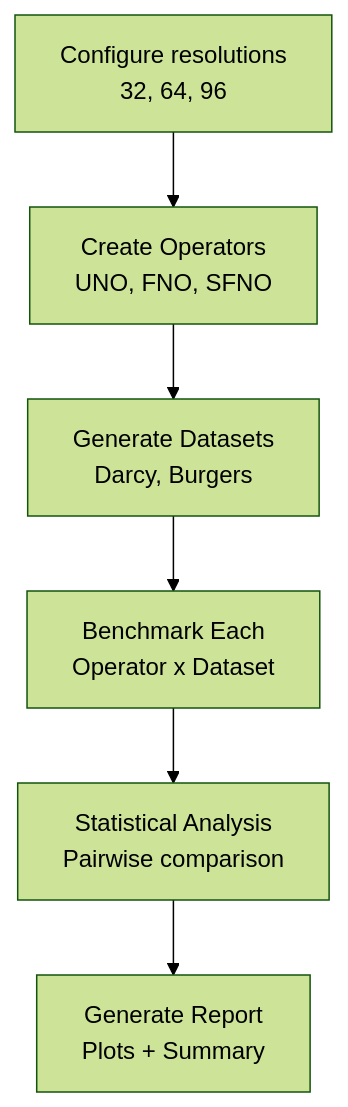
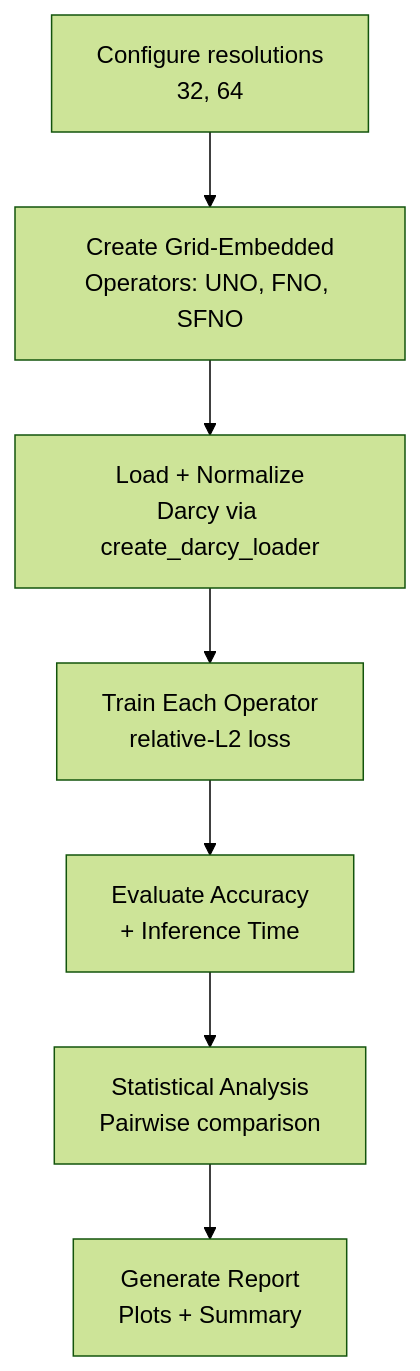
One commit to avitai/opifex changed the diagram in docs/examples/benchmarking/operator-benchmark.md. Above: the diagram before and after it, drawn with Mermaid (forest theme). The commit also changed other lines of this file and 12 other files, not shown here.

First line of the commit message:
docs(examples): regenerate the UQ and benchmark Darcy examples

````diff
--- a/docs/examples/benchmarking/operator-benchmark.md
+++ b/docs/examples/benchmarking/operator-benchmark.md
@@ -58,8 +64,9 @@
 ```mermaid
 flowchart TB
-    A[Configure resolutions<br>32, 64, 96] --> B[Create Operators<br>UNO, FNO, SFNO]
-    B --> C[Generate Datasets<br>Darcy, Burgers]
-    C --> D[Benchmark Each<br>Operator x Dataset]
-    D --> E[Statistical Analysis<br>Pairwise comparison]
-    E --> F[Generate Report<br>Plots + Summary]
+    A[Configure resolutions<br>32, 64] --> B[Create Grid-Embedded<br>Operators: UNO, FNO, SFNO]
+    B --> C[Load + Normalize<br>Darcy via create_darcy_loader]
+    C --> D[Train Each Operator<br>relative-L2 loss]
+    D --> E[Evaluate Accuracy<br>+ Inference Time]
+    E --> F[Statistical Analysis<br>Pairwise comparison]
+    F --> G[Generate Report<br>Plots + Summary]
 ```
````
